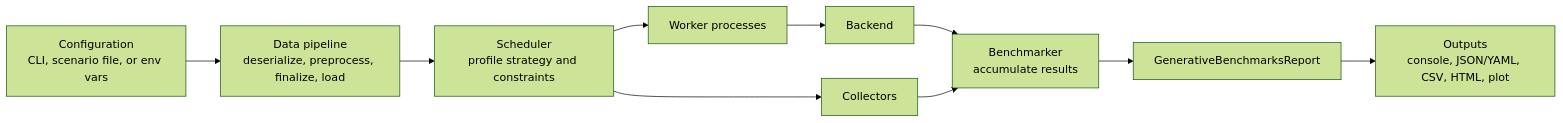
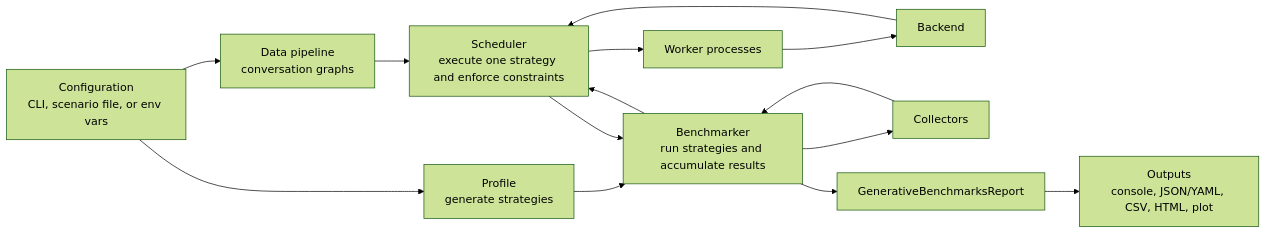
The diagram in docs/en/guides/architecture.md (vllm-project/guidellm), drawn with Mermaid (forest theme) before and after one commit. The commit also changed other lines of this file and 11 other files, not shown here.

````diff
--- a/docs/en/guides/architecture.md
+++ b/docs/en/guides/architecture.md
@@ -7,12 +7,16 @@
 ```mermaid
 flowchart LR
-    A["Configuration<br/>CLI, scenario file, or env vars"] --> B["Data pipeline<br/>deserialize, preprocess, finalize, load"]
-    B --> C["Scheduler<br/>profile strategy and constraints"]
+    A["Configuration<br/>CLI, scenario file, or env vars"] --> B["Data pipeline<br/>conversation graphs"]
+    A --> P["Profile<br/>generate strategies"]
+    P --> G["Benchmarker<br/>run strategies and accumulate results"]
+    B --> C["Scheduler<br/>execute one strategy and enforce constraints"]
+    G --> C
     C --> D["Worker processes"]
     D --> E["Backend"]
-    C --> F["Collectors"]
-    E --> G["Benchmarker<br/>accumulate results"]
+    G --> F["Collectors"]
+    E --> C
+    C --> G
     F --> G
     G --> H["GenerativeBenchmarksReport"]
     H --> I["Outputs<br/>console, JSON/YAML, CSV, HTML, plot"]
 ```
````
